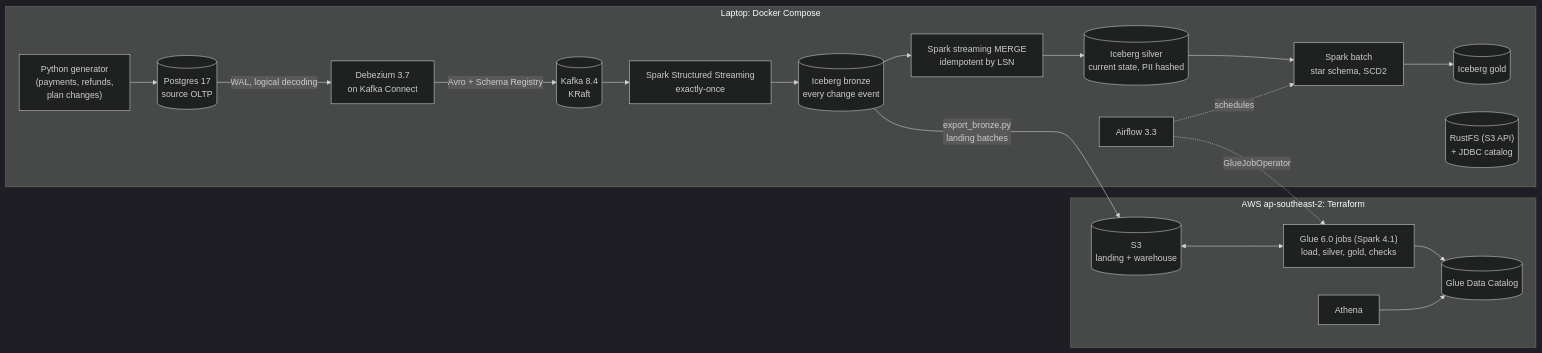
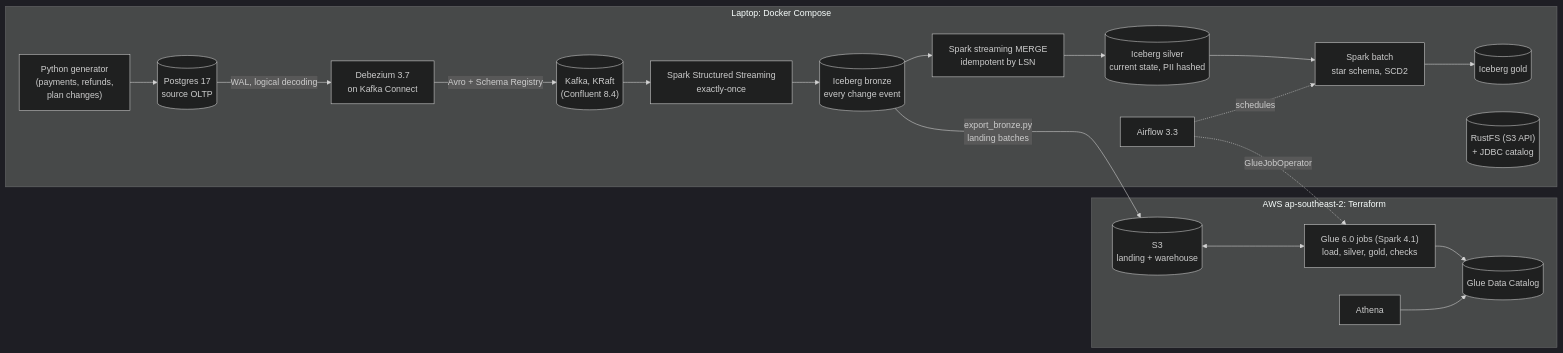
Before and after one commit to arnavv-agarwal/payments-lakehouse: the diagram in README.md, drawn with Mermaid (dark theme). The commit also changed other lines of this file, not shown here.

Commit message:
Fix the Kafka version in the README: Confluent Platform 8.4, not Apache Kafka 8.4

````diff
--- a/README.md
+++ b/README.md
@@ -20,26 +20,26 @@
 ```mermaid
 flowchart LR
   subgraph local["Laptop: Docker Compose"]
     gen["Python generator<br/>(payments, refunds,<br/>plan changes)"] --> pg[("Postgres 17<br/>source OLTP")]
     pg -- "WAL, logical decoding" --> dbz["Debezium 3.7<br/>on Kafka Connect"]
-    dbz -- "Avro + Schema Registry" --> kafka[("Kafka 8.4<br/>KRaft")]
+    dbz -- "Avro + Schema Registry" --> kafka[("Kafka, KRaft<br/>(Confluent 8.4)")]
     kafka --> bronze_job["Spark Structured Streaming<br/>exactly-once"] --> bronze[("Iceberg bronze<br/>every change event")]
     bronze --> silver_job["Spark streaming MERGE<br/>idempotent by LSN"] --> silver[("Iceberg silver<br/>current state, PII hashed")]
     silver --> gold_job["Spark batch<br/>star schema, SCD2"] --> gold[("Iceberg gold")]
     airflow["Airflow 3.3"] -. "schedules" .-> gold_job
     store[("RustFS (S3 API)<br/>+ JDBC catalog")]
   end
 
   subgraph aws["AWS ap-southeast-2: Terraform"]
     s3[("S3<br/>landing + warehouse")]
     glue["Glue 6.0 jobs (Spark 4.1)<br/>load, silver, gold, checks"]
     catalog[("Glue Data Catalog")]
     athena["Athena"]
   end
 
   bronze -- "export_bronze.py<br/>landing batches" --> s3
   airflow -. "GlueJobOperator" .-> glue
   s3 <--> glue
   glue --> catalog
   athena --> catalog
 ```
````
